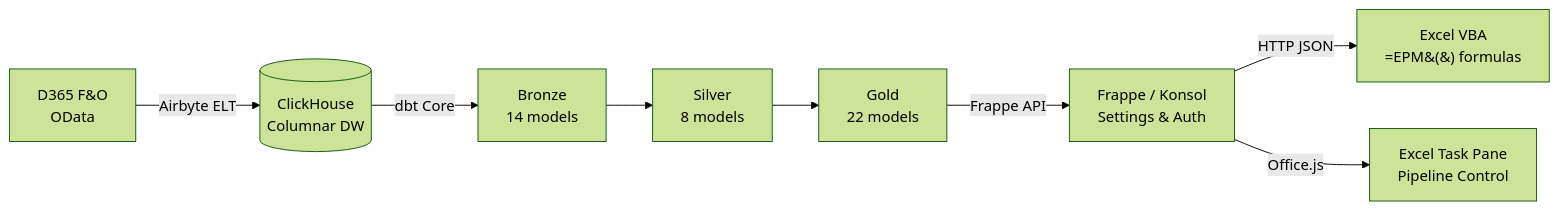
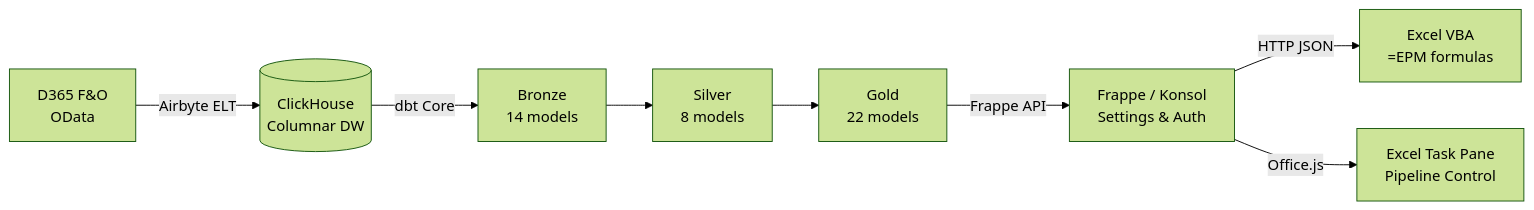
One commit to grynn-in/konsolidat changed the diagram in docs/index.md. Above: the diagram before and after it, drawn with Mermaid (forest theme). The commit also changed other lines of this file and 5 other files, not shown here.

````diff
--- a/docs/index.md
+++ b/docs/index.md
@@ -11,10 +123,10 @@
 ```mermaid
 graph LR
     D365[D365 F&O<br/>OData] -->|Airbyte ELT| CH[(ClickHouse<br/>Columnar DW)]
     CH -->|dbt Core| Bronze[Bronze<br/>14 models]
     Bronze --> Silver[Silver<br/>8 models]
     Silver --> Gold[Gold<br/>22 models]
     Gold -->|Frappe API| Frappe[Frappe / Konsol<br/>Settings & Auth]
-    Frappe -->|HTTP JSON| Excel[Excel VBA<br/>=EPM&#40;&#41; formulas]
+    Frappe -->|HTTP JSON| Excel[Excel VBA<br/>=EPM formulas]
     Frappe -->|Office.js| Taskpane[Excel Task Pane<br/>Pipeline Control]
 ```
````
